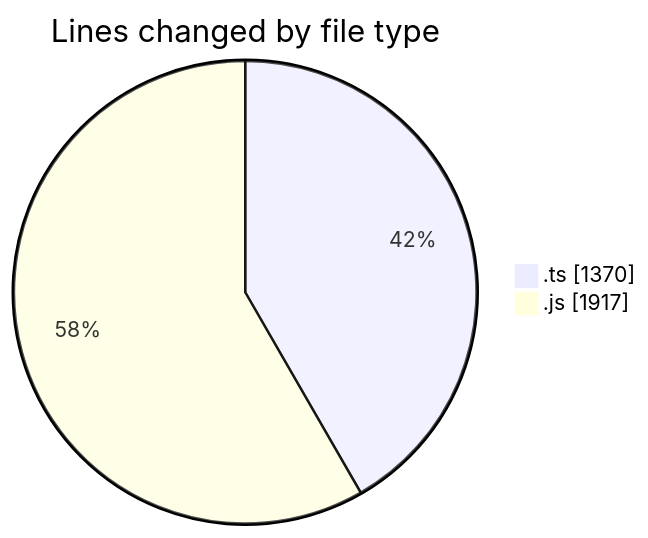
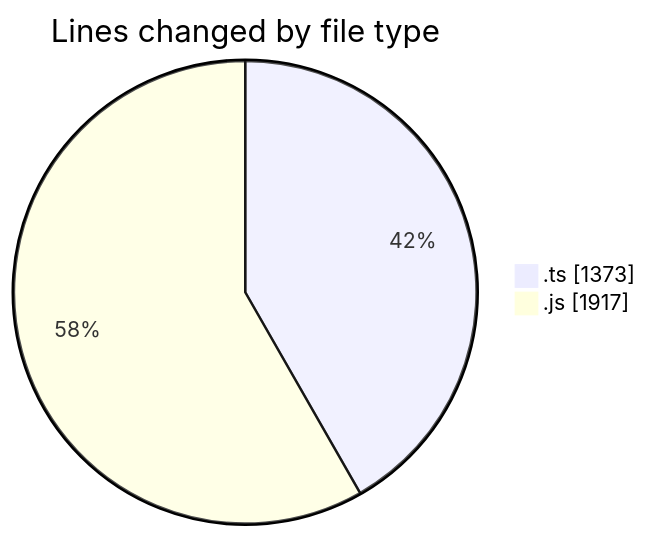
One commit to momahboobian/code-tracking changed the first of 2 diagrams in 2025-07-29/cda/README.md. Above: the diagram before and after it, drawn with Mermaid. The commit also changed other lines of this file and 1 other file, not shown here.

````diff
--- a/2025-07-29/cda/README.md
+++ b/2025-07-29/cda/README.md
@@ -23,6 +23,6 @@
 ```mermaid
 pie showData
 title Lines changed by file type
-".ts" : 1370
+".ts" : 1373
 ".js" : 1917
 ```
````
